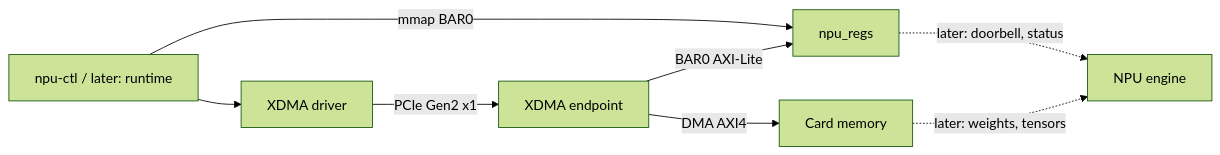
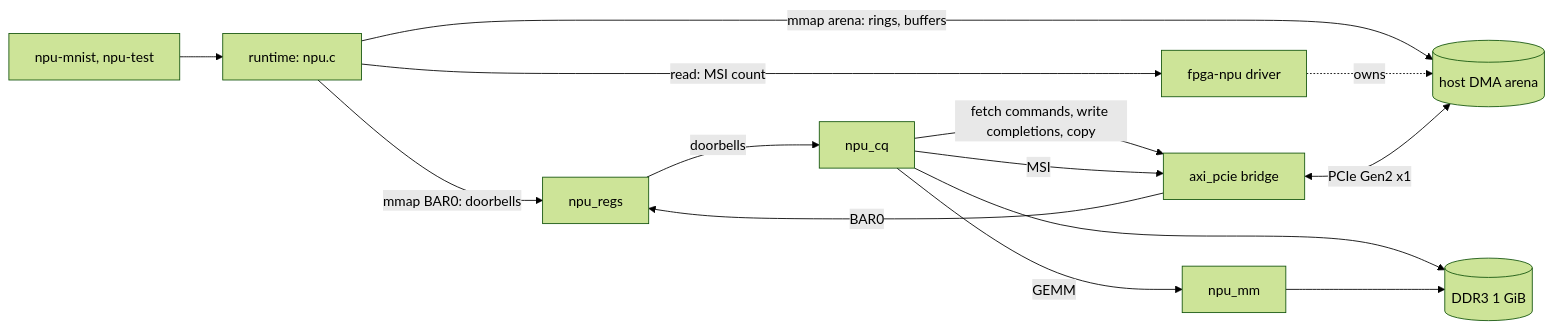
The diagram in ARCHITECTURE.md (edgaralejod/fpga-edge-npu), drawn with Mermaid (forest theme) before and after one commit. The commit also changed other lines of this file and 28 other files, not shown here.

First line of the commit message:
Phase 3: axi_pcie bridge, npu_cq and npu_mm in the design; driver, runtime, MNIST

````diff
--- a/ARCHITECTURE.md
+++ b/ARCHITECTURE.md
@@ -25,10 +28,16 @@
 ```mermaid
 flowchart LR
-    APP[npu-ctl / later: runtime] --> DRV[XDMA driver]
-    APP -->|mmap BAR0| REGS
-    DRV -->|PCIe Gen2 x1| XDMA[XDMA endpoint]
-    XDMA -->|BAR0 AXI-Lite| REGS[npu_regs]
-    XDMA -->|DMA AXI4| MEM[Card memory]
-    REGS -.->|later: doorbell, status| ENG[NPU engine]
-    MEM -.->|later: weights, tensors| ENG
+    APP[npu-mnist, npu-test] --> RT[runtime: npu.c]
+    RT -->|mmap arena: rings, buffers| ARENA[(host DMA arena)]
+    RT -->|mmap BAR0: doorbells| REGS
+    DRV[fpga-npu driver] -.->|owns| ARENA
+    RT -->|read: MSI count| DRV
+    BR[axi_pcie bridge] -->|BAR0| REGS[npu_regs]
+    REGS -->|doorbells| CQ[npu_cq]
+    CQ -->|fetch commands, write completions, copy| BR
+    BR <-->|PCIe Gen2 x1| ARENA
+    CQ -->|GEMM| MM[npu_mm]
+    CQ --> DDR[(DDR3 1 GiB)]
+    MM --> DDR
+    CQ -->|MSI| BR
 ```
````
